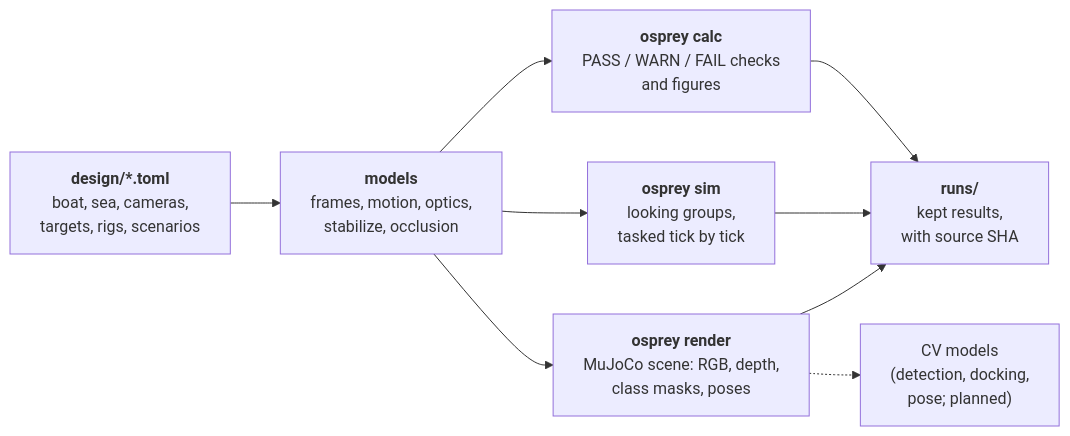
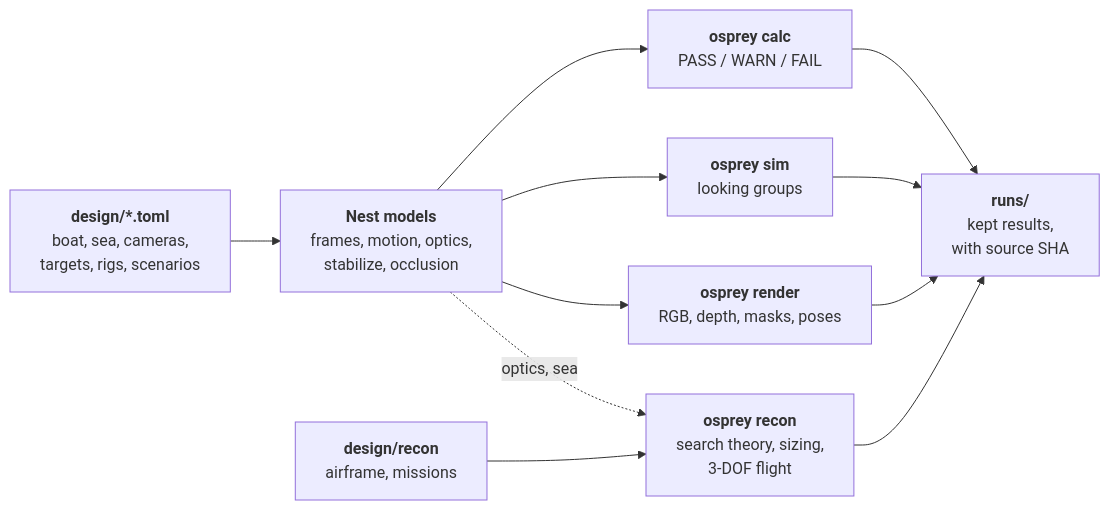
One commit to zacharyelston/Osprey changed the second of 2 diagrams in README.md. Above: the diagram before and after it, drawn with Mermaid. The commit also changed other lines of this file and 12 other files, not shown here.

First line of the commit message:
README: Nest and Recon side by side

````diff
--- a/README.md
+++ b/README.md
@@ -204,11 +276,13 @@
 ```mermaid
 flowchart LR
-  D["<b>design/*.toml</b><br/>boat, sea, cameras,<br/>targets, rigs, scenarios"] --> M["<b>models</b><br/>frames, motion, optics,<br/>stabilize, occlusion"]
-  M --> C["<b>osprey calc</b><br/>PASS / WARN / FAIL checks<br/>and figures"]
-  M --> T["<b>osprey sim</b><br/>looking groups,<br/>tasked tick by tick"]
-  M --> R["<b>osprey render</b><br/>MuJoCo scene: RGB, depth,<br/>class masks, poses"]
+  D["<b>design/*.toml</b><br/>boat, sea, cameras,<br/>targets, rigs, scenarios"] --> M["<b>Nest models</b><br/>frames, motion, optics,<br/>stabilize, occlusion"]
+  M --> C["<b>osprey calc</b><br/>PASS / WARN / FAIL"]
+  M --> T["<b>osprey sim</b><br/>looking groups"]
+  M --> R["<b>osprey render</b><br/>RGB, depth, masks, poses"]
+  D2["<b>design/recon</b><br/>airframe, missions"] --> RC["<b>osprey recon</b><br/>search theory, sizing,<br/>3-DOF flight"]
+  M -. "optics, sea" .-> RC
   C --> K["<b>runs/</b><br/>kept results,<br/>with source SHA"]
   T --> K
   R --> K
-  R -.-> V["CV models<br/>(detection, docking,<br/>pose; planned)"]
+  RC --> K
 ```
````
